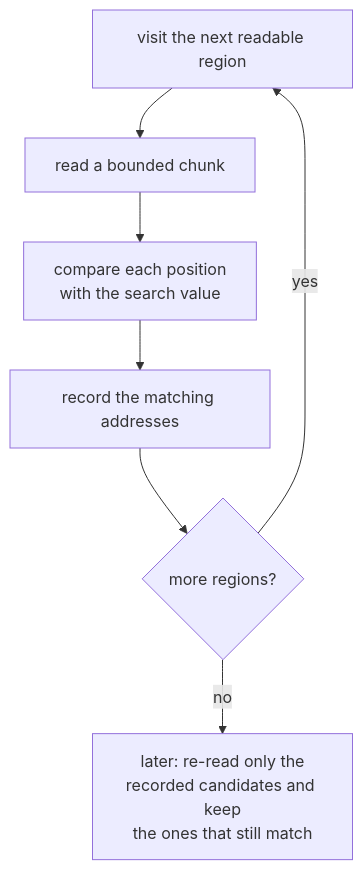
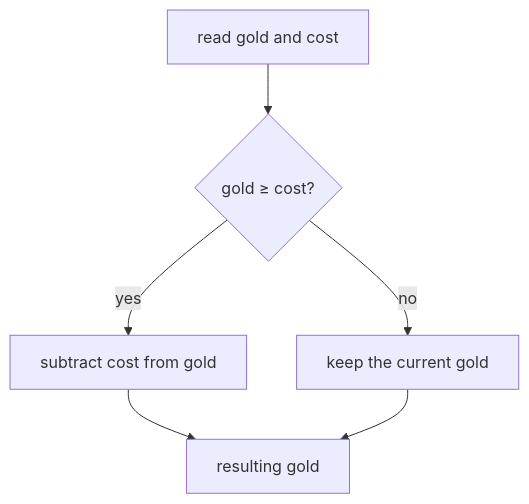
The diagram in site/src/content/docs/pages/1/05.mdx (MustCodeAl/rust-game-hacking-book), drawn with Mermaid before and after one commit. The commit also changed other lines of this file and 20 other files, not shown here.

````diff
--- a/site/src/content/docs/pages/1/05.mdx
+++ b/site/src/content/docs/pages/1/05.mdx
@@ -98,9 +78,8 @@
 ```mermaid
 flowchart TD
-    R["visit the next readable region"] --> C["read a bounded chunk"]
-    C --> M["compare each position<br/>with the search value"]
-    M --> K["record the matching addresses"]
-    K --> N{"more regions?"}
-    N -->|"yes"| R
-    N -->|"no"| L["later: re-read only the<br/>recorded candidates and keep<br/>the ones that still match"]
+    Start["read gold and cost"] --> Check{"gold ≥ cost?"}
+    Check -->|"yes"| Subtract["subtract cost from gold"]
+    Check -->|"no"| Keep["keep the current gold"]
+    Subtract --> Result["resulting gold"]
+    Keep --> Result
 ```
````
